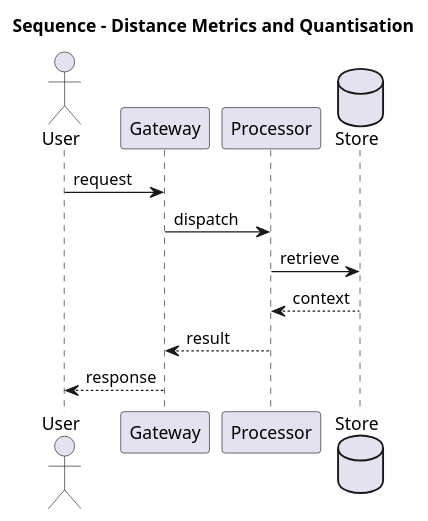
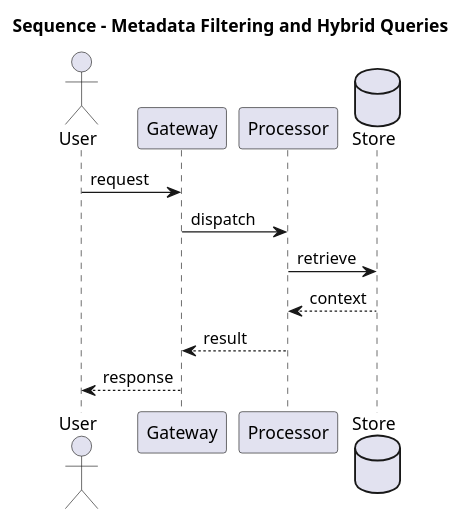
Before and after one commit to ankit05121980/AI-University: the diagram in content/vector-databases/vector-databases-foundations/diagrams/fig-005-sequence.puml, drawn with PlantUML. The commit also changed 408 other files, not shown here.

First line of the commit message:
Chapter-paginated reader, fix horizontal scroll, richer diagrams + UI

```diff
--- a/content/vector-databases/vector-databases-foundations/diagrams/fig-005-sequence.puml
+++ b/content/vector-databases/vector-databases-foundations/diagrams/fig-005-sequence.puml
@@ -1,13 +1,13 @@
 @startuml
-title Sequence - Distance Metrics and Quantisation
+title Sequence - Metadata Filtering and Hybrid Queries
 actor User
 participant Gateway
 participant Processor
 database Store
 User -> Gateway : request
 Gateway -> Processor : dispatch
 Processor -> Store : retrieve
 Store --> Processor : context
 Processor --> Gateway : result
 Gateway --> User : response
 @enduml
```
